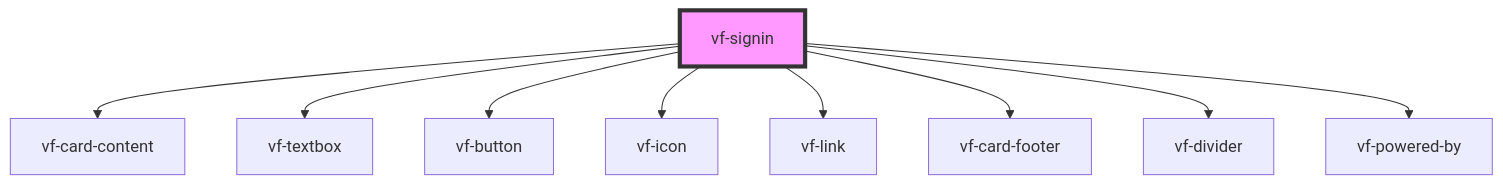
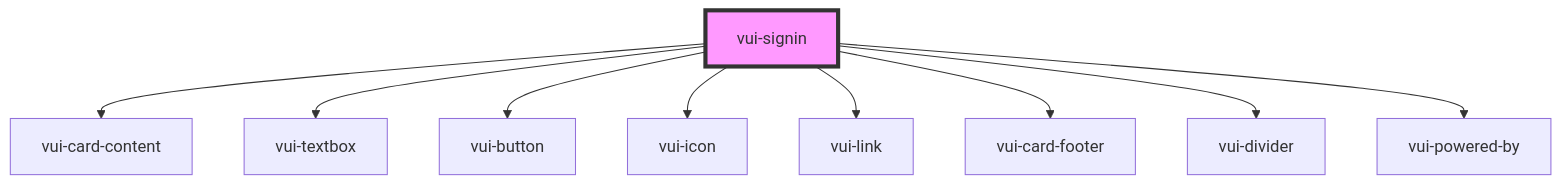
The diagram in packages/stencil-library/src/components/signin/readme.md (verite-team/verite-elements), drawn with Mermaid before and after one commit. The commit also changed other lines of this file and 116 other files, not shown here.

````diff
--- a/packages/stencil-library/src/components/signin/readme.md
+++ b/packages/stencil-library/src/components/signin/readme.md
@@ -37,12 +35,12 @@
 ```mermaid
 graph TD;
-  vf-signin --> vf-card-content
-  vf-signin --> vf-textbox
-  vf-signin --> vf-button
-  vf-signin --> vf-icon
-  vf-signin --> vf-link
-  vf-signin --> vf-card-footer
-  vf-signin --> vf-divider
-  vf-signin --> vf-powered-by
-  style vf-signin fill:#f9f,stroke:#333,stroke-width:4px
+  vui-signin --> vui-card-content
+  vui-signin --> vui-textbox
+  vui-signin --> vui-button
+  vui-signin --> vui-icon
+  vui-signin --> vui-link
+  vui-signin --> vui-card-footer
+  vui-signin --> vui-divider
+  vui-signin --> vui-powered-by
+  style vui-signin fill:#f9f,stroke:#333,stroke-width:4px
 ```
````
